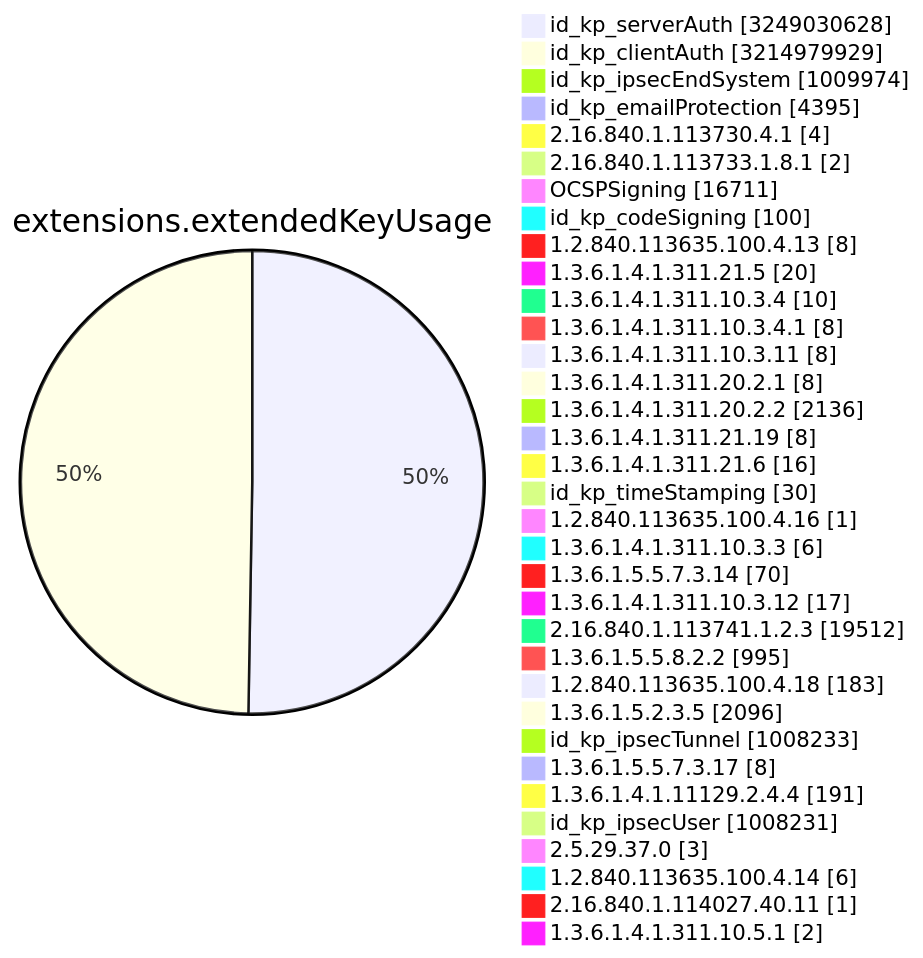
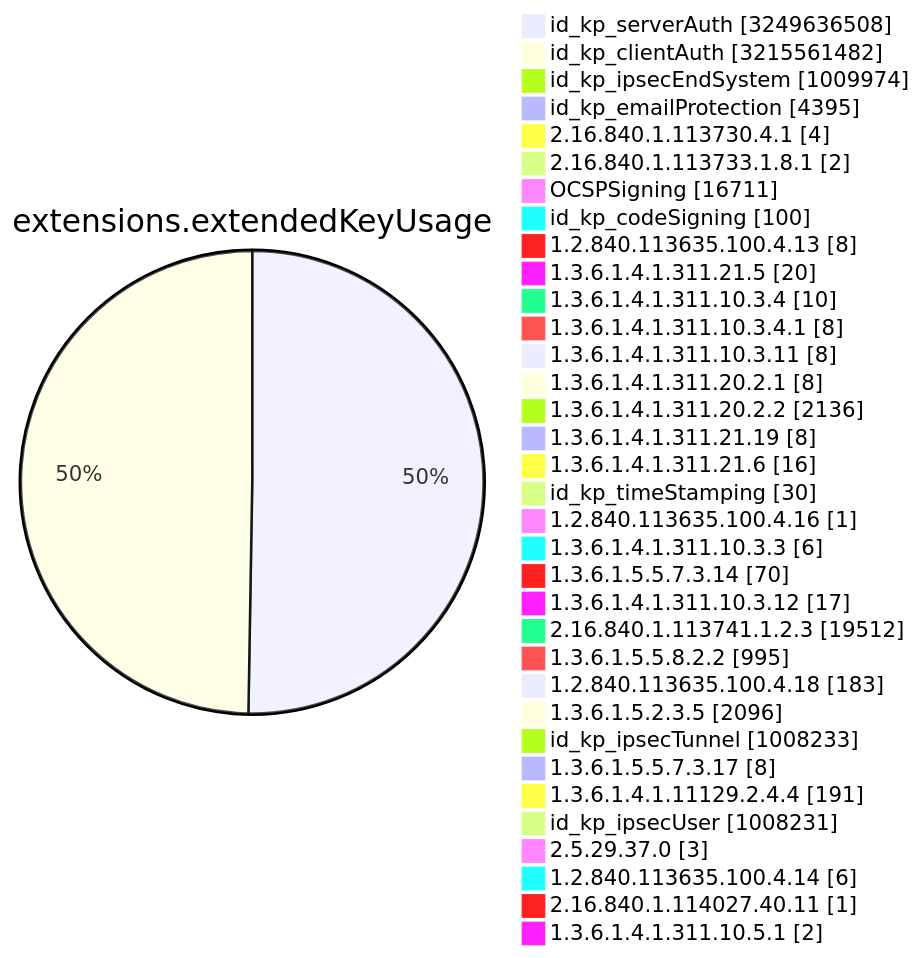
Diagram 11 of 15 in TOTAL/README.md (christiankrug/ctmonitor_visualization), drawn with Mermaid before and after one commit. The commit also changed other lines of this file, not shown here.

````diff
--- a/TOTAL/README.md
+++ b/TOTAL/README.md
@@ -4119,38 +4119,38 @@
 ```mermaid
 pie showData
 title extensions.extendedKeyUsage
-"id_kp_serverAuth" :3249030628
-"id_kp_clientAuth" :3214979929
+"id_kp_serverAuth" :3249636508
+"id_kp_clientAuth" :3215561482
 "id_kp_ipsecEndSystem" :1009974
 "id_kp_emailProtection" :4395
 "2.16.840.1.113730.4.1" :4
 "2.16.840.1.113733.1.8.1" :2
 "OCSPSigning" :16711
 "id_kp_codeSigning" :100
 "1.2.840.113635.100.4.13" :8
 "1.3.6.1.4.1.311.21.5" :20
 "1.3.6.1.4.1.311.10.3.4" :10
 "1.3.6.1.4.1.311.10.3.4.1" :8
 "1.3.6.1.4.1.311.10.3.11" :8
 "1.3.6.1.4.1.311.20.2.1" :8
 "1.3.6.1.4.1.311.20.2.2" :2136
 "1.3.6.1.4.1.311.21.19" :8
 "1.3.6.1.4.1.311.21.6" :16
 "id_kp_timeStamping" :30
 "1.2.840.113635.100.4.16" :1
 "1.3.6.1.4.1.311.10.3.3" :6
 "1.3.6.1.5.5.7.3.14" :70
 "1.3.6.1.4.1.311.10.3.12" :17
 "2.16.840.1.113741.1.2.3" :19512
 "1.3.6.1.5.5.8.2.2" :995
 "1.2.840.113635.100.4.18" :183
 "1.3.6.1.5.2.3.5" :2096
 "id_kp_ipsecTunnel" :1008233
 "1.3.6.1.5.5.7.3.17" :8
 "1.3.6.1.4.1.11129.2.4.4" :191
 "id_kp_ipsecUser" :1008231
 "2.5.29.37.0" :3
 "1.2.840.113635.100.4.14" :6
 "2.16.840.1.114027.40.11" :1
 "1.3.6.1.4.1.311.10.5.1" :2
 ```
````
